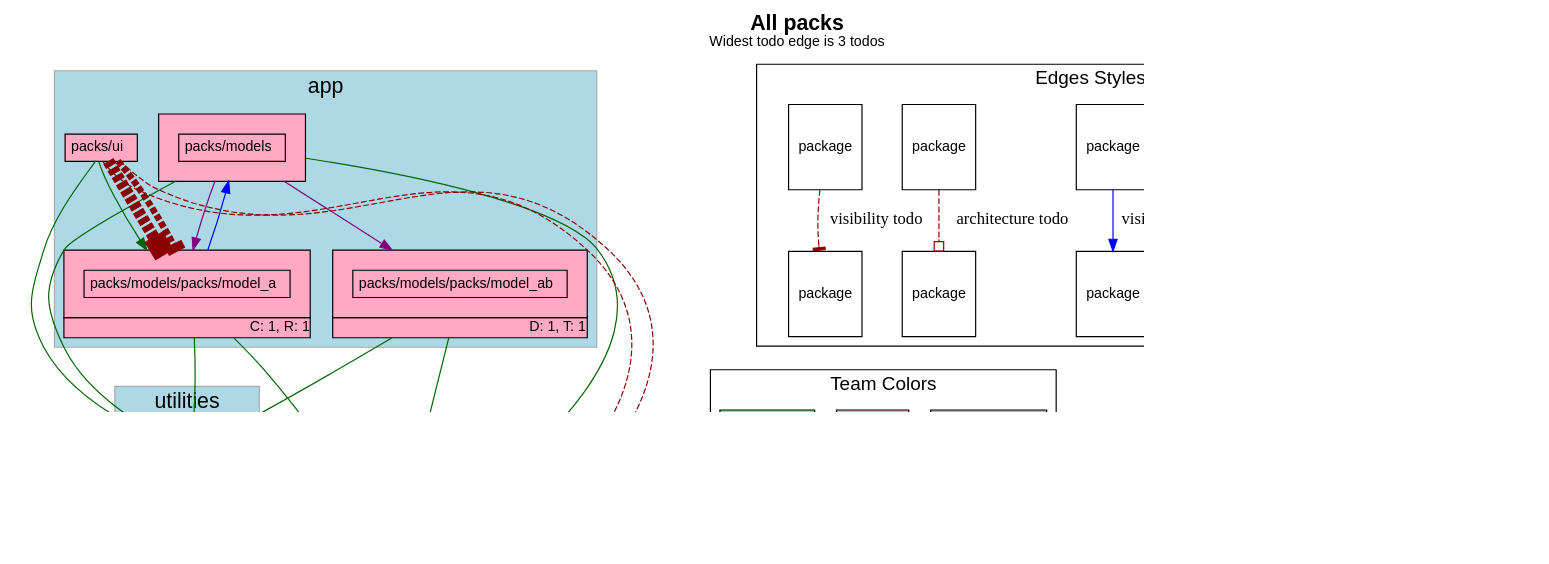
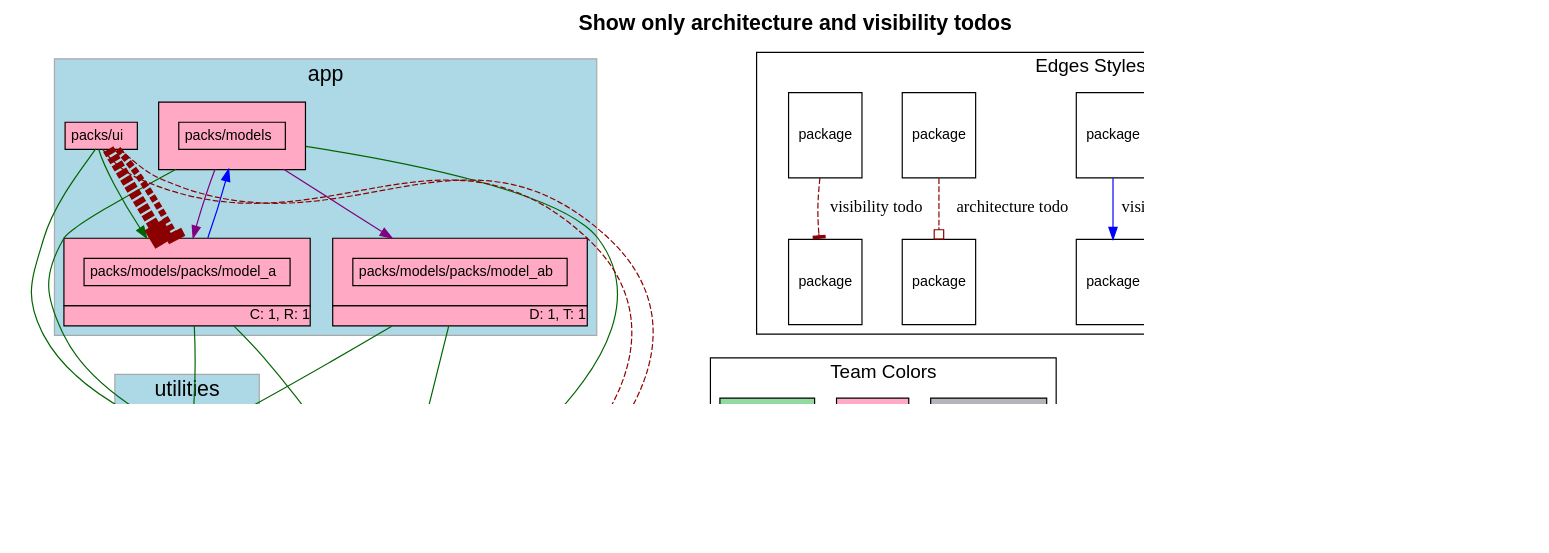
One commit to rubyatscale/visualize_packs changed the diagram in spec/sample_app1/test_output/relationship_todo_types.dot. Above: the diagram before and after it, drawn with Graphviz. The commit also changed 13 other files, not shown here.

```diff
--- a/spec/sample_app1/test_output/relationship_todo_types.dot
+++ b/spec/sample_app1/test_output/relationship_todo_types.dot
@@ -5,7 +5,7 @@
     fontname="Helvetica,Arial,sans-serif"
     dpi=100
     layout=dot
-    label=<<b>All packs</b><br/><font point-size='12'>Widest todo edge is 3 todos</font>>
+    label=<<b>Show only architecture and visibility todos</b>>
     fontsize=18
   ]
   node [
```
